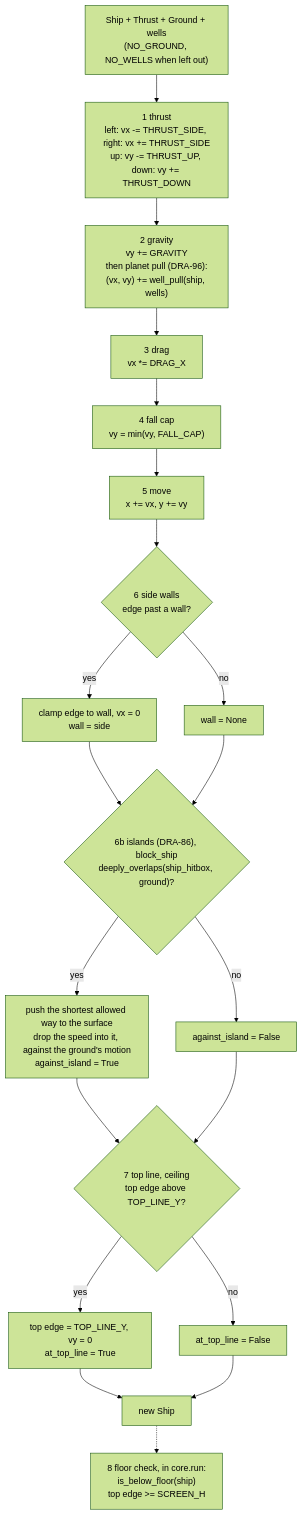
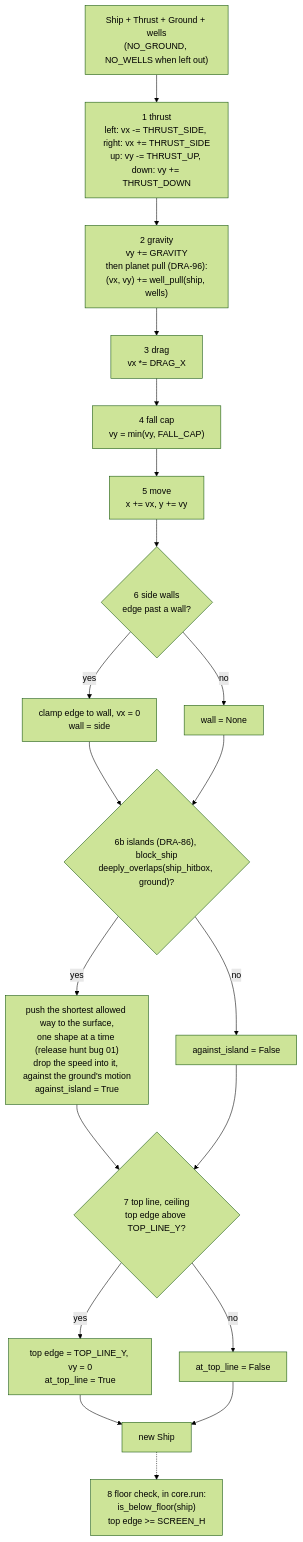
The first of 2 diagrams in docs/contracts/systems/ship.md (david-mntl/driftward-ace), drawn with Mermaid (forest theme) before and after one commit. The commit also changed other lines of this file and 2 other files, not shown here.

First line of the commit message:
fix(ship): push the ship out one island shape at a time, never through a bar

````diff
--- a/docs/contracts/systems/ship.md
+++ b/docs/contracts/systems/ship.md
@@ -19,22 +19,22 @@
 ```mermaid
 flowchart TD
   IN["Ship + Thrust + Ground + wells<br/>(NO_GROUND, NO_WELLS when left out)"] --> T1["1 thrust<br/>left: vx -= THRUST_SIDE, right: vx += THRUST_SIDE<br/>up: vy -= THRUST_UP, down: vy += THRUST_DOWN"]
   T1 --> T2["2 gravity<br/>vy += GRAVITY<br/>then planet pull (DRA-96):<br/>(vx, vy) += well_pull(ship, wells)"]
   T2 --> T3["3 drag<br/>vx *= DRAG_X"]
   T3 --> T4["4 fall cap<br/>vy = min(vy, FALL_CAP)"]
   T4 --> T5["5 move<br/>x += vx, y += vy"]
   T5 --> T6{"6 side walls<br/>edge past a wall?"}
   T6 -- yes --> W["clamp edge to wall, vx = 0<br/>wall = side"]
   T6 -- no --> WN["wall = None"]
   W --> T6B
   WN --> T6B{"6b islands (DRA-86), block_ship<br/>deeply_overlaps(ship_hitbox, ground)?"}
-  T6B -- yes --> IP["push the shortest allowed way to the surface<br/>drop the speed into it, against the ground's motion<br/>against_island = True"]
+  T6B -- yes --> IP["push the shortest allowed way to the surface,<br/>one shape at a time (release hunt bug 01)<br/>drop the speed into it, against the ground's motion<br/>against_island = True"]
   T6B -- no --> IN2["against_island = False"]
   IP --> T7
   IN2 --> T7{"7 top line, ceiling<br/>top edge above TOP_LINE_Y?"}
   T7 -- yes --> TL["top edge = TOP_LINE_Y, vy = 0<br/>at_top_line = True"]
   T7 -- no --> TN["at_top_line = False"]
   TL --> OUT["new Ship"]
   TN --> OUT
   OUT -.-> F["8 floor check, in core.run:<br/>is_below_floor(ship)<br/>top edge >= SCREEN_H"]
 ```
````
